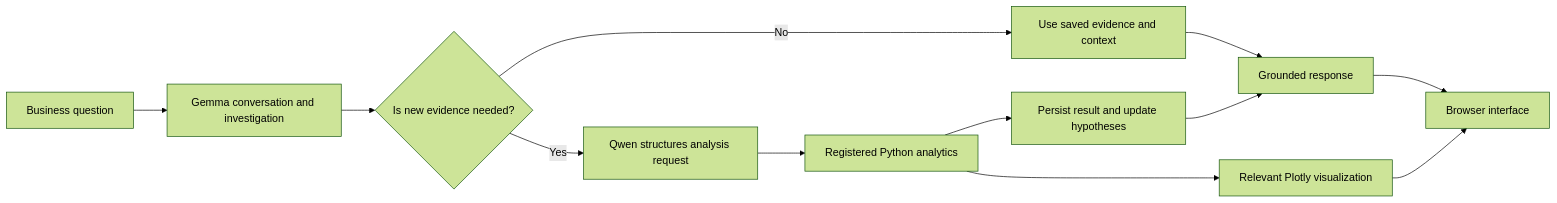
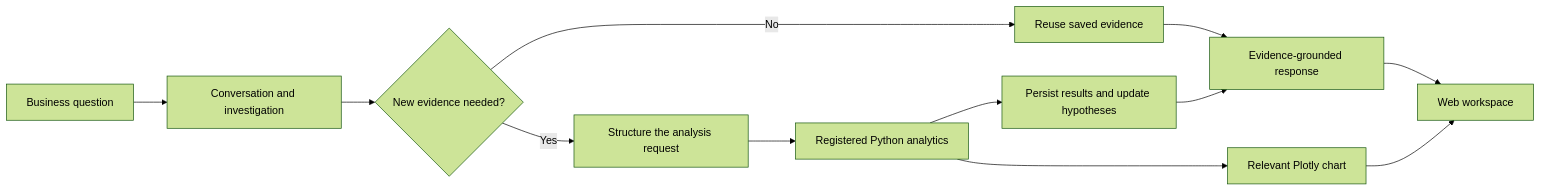
One commit to rishabh151103/BizScopeAI changed the diagram in README.md. Above: the diagram before and after it, drawn with Mermaid (forest theme). The commit also changed other lines of this file, not shown here.

````diff
--- a/README.md
+++ b/README.md
@@ -20,14 +32,14 @@
 ```mermaid
 flowchart LR
-    U[Business question] --> G[Gemma conversation and investigation]
-    G --> D{Is new evidence needed?}
-    D -->|No| C[Use saved evidence and context]
-    D -->|Yes| Q[Qwen structures analysis request]
-    Q --> P[Registered Python analytics]
-    P --> S[Persist result and update hypotheses]
-    C --> R[Grounded response]
-    S --> R
-    P --> V[Relevant Plotly visualization]
-    V --> UI[Browser interface]
-    R --> UI
+    A[Business question] --> B[Conversation and investigation]
+    B --> C{New evidence needed?}
+    C -->|No| D[Reuse saved evidence]
+    C -->|Yes| E[Structure the analysis request]
+    E --> F[Registered Python analytics]
+    F --> G[Persist results and update hypotheses]
+    D --> H[Evidence-grounded response]
+    G --> H
+    F --> I[Relevant Plotly chart]
+    H --> J[Web workspace]
+    I --> J
 ```
````
